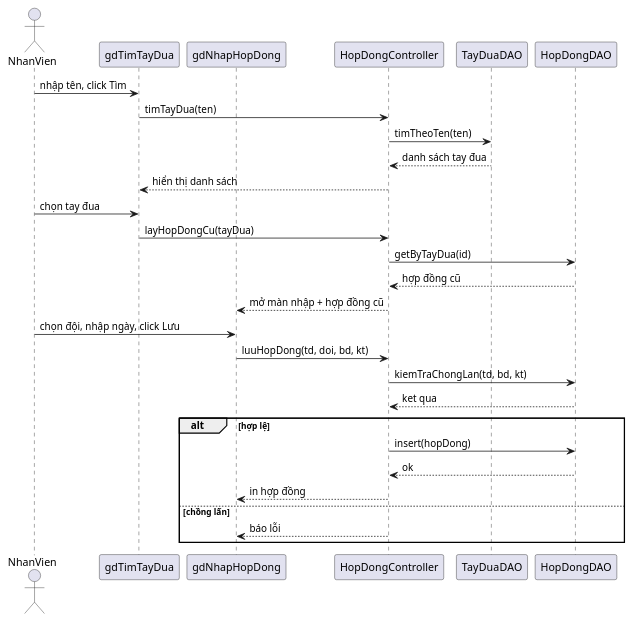
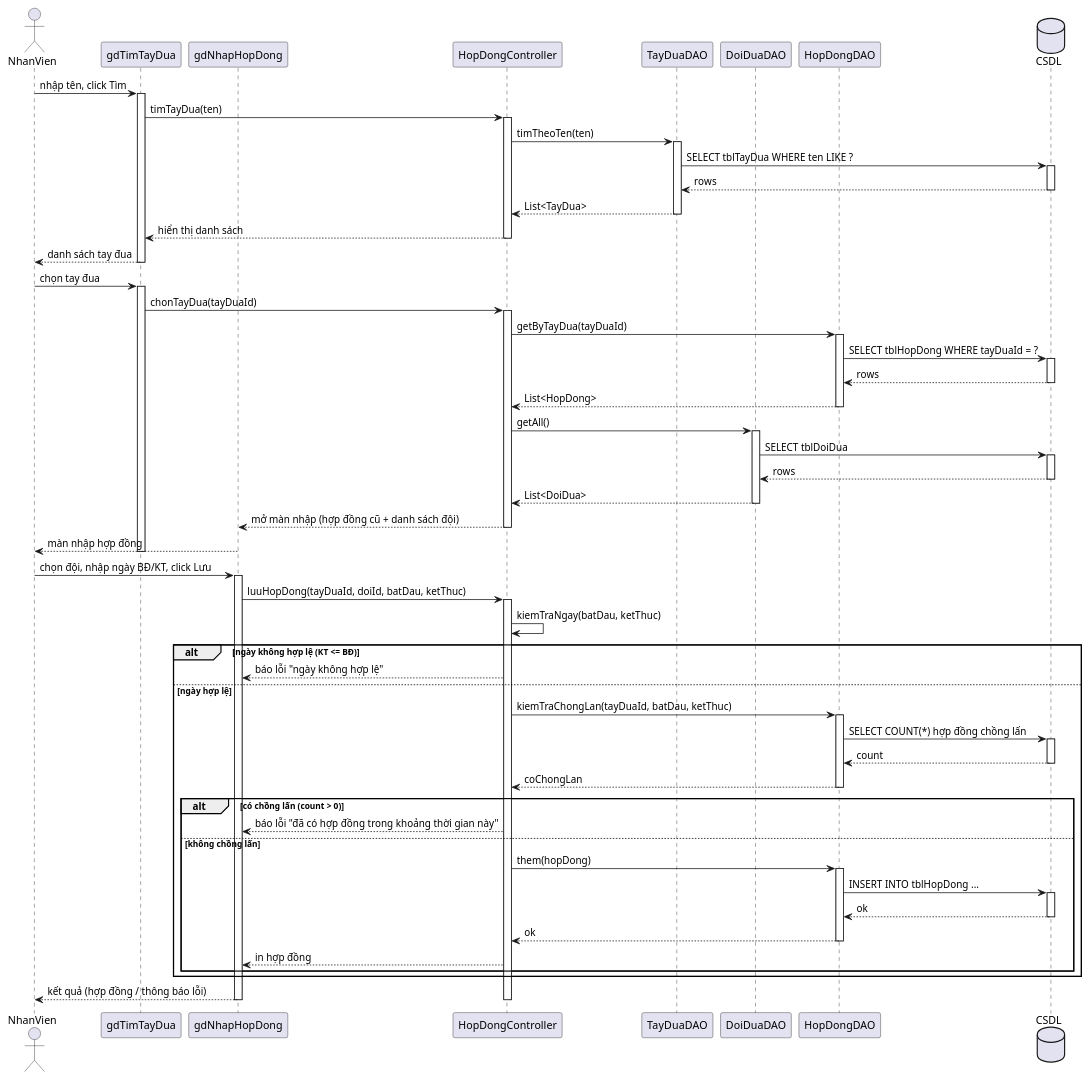
One commit to 7gho/CNPM-He2026 changed the fifth of 5 diagrams in Quan-Module1-KyHopDong/noi-dung.md. Above: the diagram before and after it, drawn with PlantUML. The commit also changed other lines of this file, not shown here.

Commit message:
Upgrade Module 1 diagrams to full (PA1) detail: DB lifeline, nested alt, entity methods

````diff
--- a/Quan-Module1-KyHopDong/noi-dung.md
+++ b/Quan-Module1-KyHopDong/noi-dung.md
@@ -157,31 +191,88 @@
 ```plantuml
 @startuml
 actor NhanVien as NV
-participant gdTimTayDua as V1
-participant gdNhapHopDong as V2
-participant HopDongController as C
-participant TayDuaDAO as TDAO
-participant HopDongDAO as HDAO
+participant "gdTimTayDua" as V1
+participant "gdNhapHopDong" as V2
+participant "HopDongController" as C
+participant "TayDuaDAO" as TDAO
+participant "DoiDuaDAO" as DDAO
+participant "HopDongDAO" as HDAO
+database "CSDL" as DB
+
 NV -> V1 : nhập tên, click Tìm
+activate V1
 V1 -> C : timTayDua(ten)
+activate C
 C -> TDAO : timTheoTen(ten)
-TDAO --> C : danh sách tay đua
+activate TDAO
+TDAO -> DB : SELECT tblTayDua WHERE ten LIKE ?
+activate DB
+DB --> TDAO : rows
+deactivate DB
+TDAO --> C : List<TayDua>
+deactivate TDAO
 C --> V1 : hiển thị danh sách
+deactivate C
+V1 --> NV : danh sách tay đua
+deactivate V1
+
 NV -> V1 : chọn tay đua
-V1 -> C : layHopDongCu(tayDua)
-C -> HDAO : getByTayDua(id)
-HDAO --> C : hợp đồng cũ
-C --> V2 : mở màn nhập + hợp đồng cũ
-NV -> V2 : chọn đội, nhập ngày, click Lưu
-V2 -> C : luuHopDong(td, doi, bd, kt)
-C -> HDAO : kiemTraChongLan(td, bd, kt)
-HDAO --> C : ket qua
-alt hợp lệ
-  C -> HDAO : insert(hopDong)
-  HDAO --> C : ok
-  C --> V2 : in hợp đồng
-else chồng lấn
-  C --> V2 : báo lỗi
+activate V1
+V1 -> C : chonTayDua(tayDuaId)
+activate C
+C -> HDAO : getByTayDua(tayDuaId)
+activate HDAO
+HDAO -> DB : SELECT tblHopDong WHERE tayDuaId = ?
+activate DB
+DB --> HDAO : rows
+deactivate DB
+HDAO --> C : List<HopDong>
+deactivate HDAO
+C -> DDAO : getAll()
+activate DDAO
+DDAO -> DB : SELECT tblDoiDua
+activate DB
+DB --> DDAO : rows
+deactivate DB
+DDAO --> C : List<DoiDua>
+deactivate DDAO
+C --> V2 : mở màn nhập (hợp đồng cũ + danh sách đội)
+deactivate C
+V2 --> NV : màn nhập hợp đồng
+deactivate V1
+
+NV -> V2 : chọn đội, nhập ngày BĐ/KT, click Lưu
+activate V2
+V2 -> C : luuHopDong(tayDuaId, doiId, batDau, ketThuc)
+activate C
+C -> C : kiemTraNgay(batDau, ketThuc)
+alt ngày không hợp lệ (KT <= BĐ)
+  C --> V2 : báo lỗi "ngày không hợp lệ"
+else ngày hợp lệ
+  C -> HDAO : kiemTraChongLan(tayDuaId, batDau, ketThuc)
+  activate HDAO
+  HDAO -> DB : SELECT COUNT(*) hợp đồng chồng lấn
+  activate DB
+  DB --> HDAO : count
+  deactivate DB
+  HDAO --> C : coChongLan
+  deactivate HDAO
+  alt có chồng lấn (count > 0)
+    C --> V2 : báo lỗi "đã có hợp đồng trong khoảng thời gian này"
+  else không chồng lấn
+    C -> HDAO : them(hopDong)
+    activate HDAO
+    HDAO -> DB : INSERT INTO tblHopDong ...
+    activate DB
+    DB --> HDAO : ok
+    deactivate DB
+    HDAO --> C : ok
+    deactivate HDAO
+    C --> V2 : in hợp đồng
+  end
 end
+V2 --> NV : kết quả (hợp đồng / thông báo lỗi)
+deactivate C
+deactivate V2
 @enduml
 ```
````
